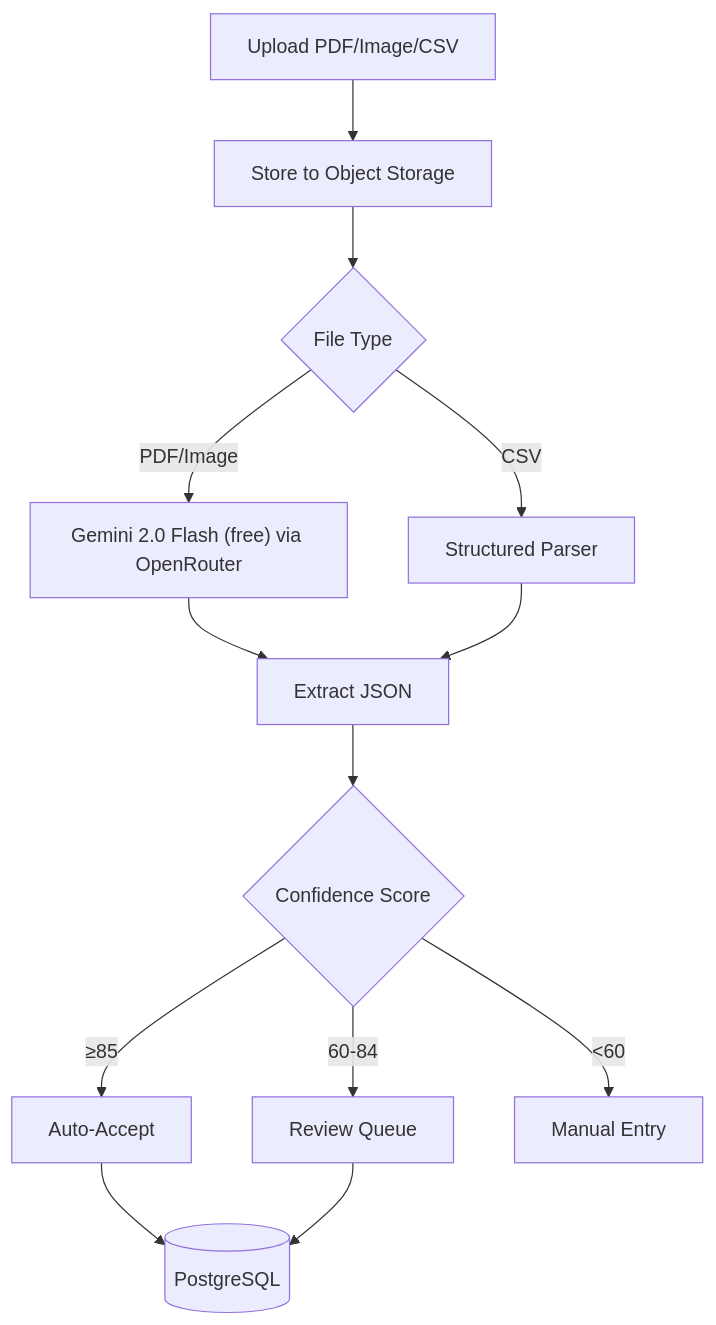
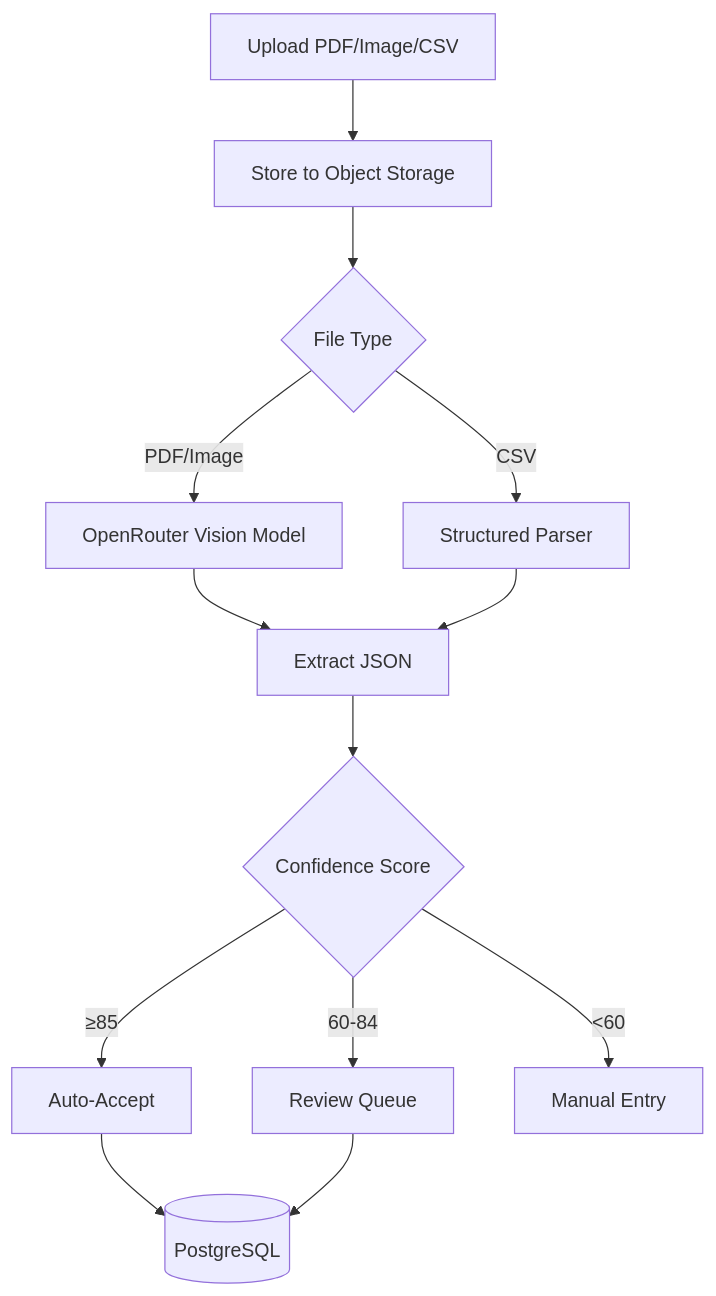
The diagram in docs/ssot/extraction.md (wangzitian0/finance_report), drawn with Mermaid before and after one commit. The commit also changed other lines of this file and 44 other files, not shown here.

````diff
--- a/docs/ssot/extraction.md
+++ b/docs/ssot/extraction.md
@@ -11,15 +11,15 @@
 ```mermaid
 flowchart TB
     A[Upload PDF/Image/CSV] --> S[Store to Object Storage]
     S --> B{File Type}
-    B -->|PDF/Image| C["Gemini 2.0 Flash (free) via OpenRouter"]
+    B -->|PDF/Image| C["OpenRouter Vision Model"]
     B -->|CSV| D[Structured Parser]
     C --> E[Extract JSON]
     D --> E
     E --> F{Confidence Score}
     F -->|≥85| G[Auto-Accept]
     F -->|60-84| H[Review Queue]
     F -->|<60| I[Manual Entry]
     G --> J[(PostgreSQL)]
     H --> J
 ```
````
